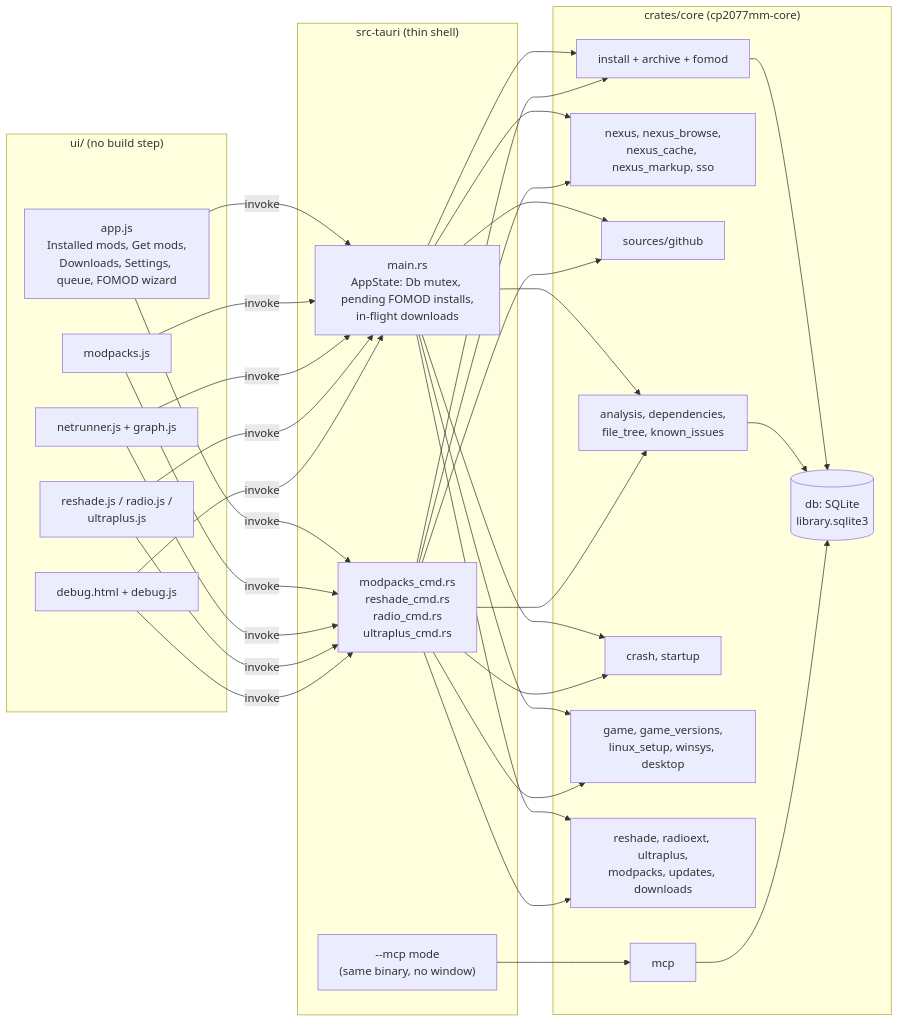
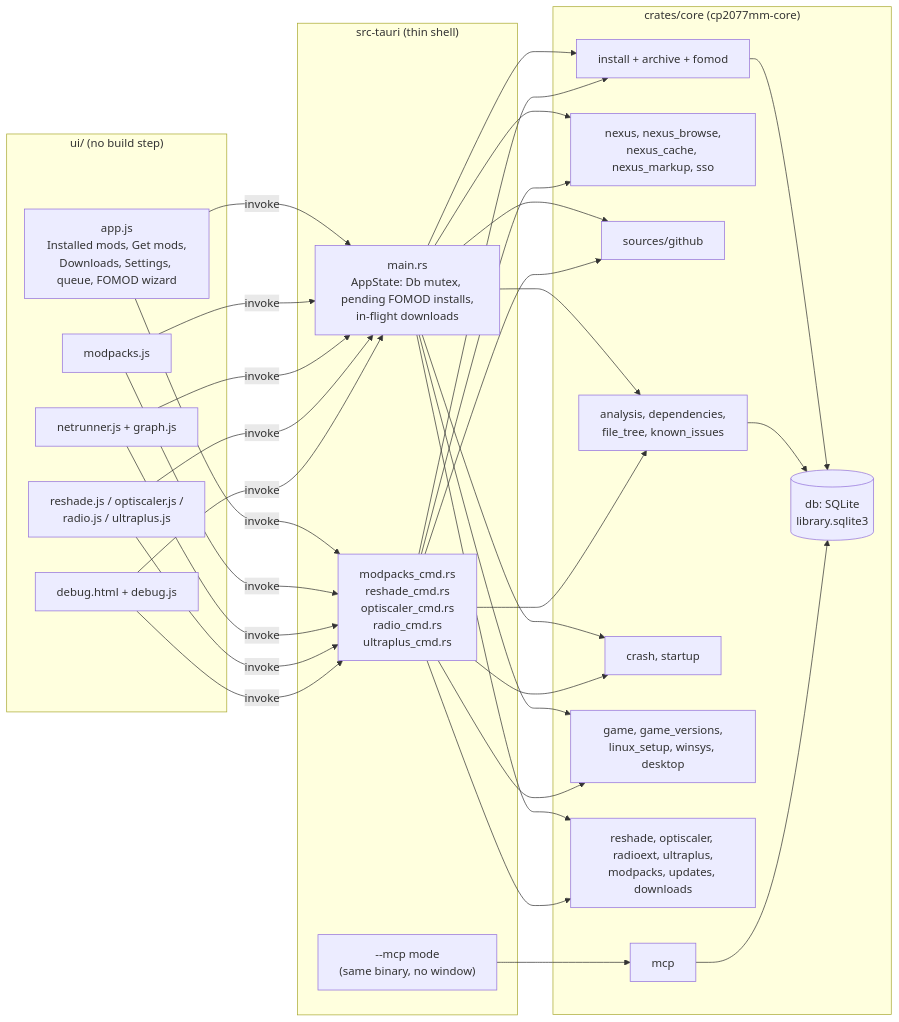
Before and after one commit to Higher-dimentionalSemanticsFanatic/LinuxCPMX2077: the first of 2 diagrams in docs/architecture/App structure.md, drawn with Mermaid. The commit also changed other lines of this file and 16 other files, not shown here.

````diff
--- a/docs/architecture/App structure.md
+++ b/docs/architecture/App structure.md
@@ -12,31 +12,31 @@
 ```mermaid
 flowchart LR
   subgraph UI["ui/ (no build step)"]
     app[app.js<br/>Installed mods, Get mods,<br/>Downloads, Settings, queue, FOMOD wizard]
     mp[modpacks.js]
     nr[netrunner.js + graph.js]
-    rs[reshade.js / radio.js /<br/>ultraplus.js]
+    rs[reshade.js / optiscaler.js /<br/>radio.js / ultraplus.js]
     dbg[debug.html + debug.js]
   end
   subgraph Shell["src-tauri (thin shell)"]
     main[main.rs<br/>AppState: Db mutex, pending FOMOD installs,<br/>in-flight downloads]
-    cmds[modpacks_cmd.rs<br/>reshade_cmd.rs<br/>radio_cmd.rs<br/>ultraplus_cmd.rs]
+    cmds[modpacks_cmd.rs<br/>reshade_cmd.rs<br/>optiscaler_cmd.rs<br/>radio_cmd.rs<br/>ultraplus_cmd.rs]
     mcpbin["--mcp mode<br/>(same binary, no window)"]
   end
   subgraph Core["crates/core (cp2077mm-core)"]
     install[install + archive + fomod]
     db[(db: SQLite<br/>library.sqlite3)]
     nexus[nexus, nexus_browse,<br/>nexus_cache, nexus_markup, sso]
     sources[sources/github]
     analysis[analysis, dependencies,<br/>file_tree, known_issues]
     diag[crash, startup]
     setup[game, game_versions,<br/>linux_setup, winsys, desktop]
-    extra[reshade, radioext, ultraplus,<br/>modpacks, updates, downloads]
+    extra[reshade, optiscaler, radioext, ultraplus,<br/>modpacks, updates, downloads]
     mcp[mcp]
   end
   app & mp & nr & rs & dbg -- invoke --> main & cmds
   main & cmds --> install & nexus & sources & analysis & diag & setup & extra
   install --> db
   analysis --> db
   mcpbin --> mcp --> db
 ```
````
